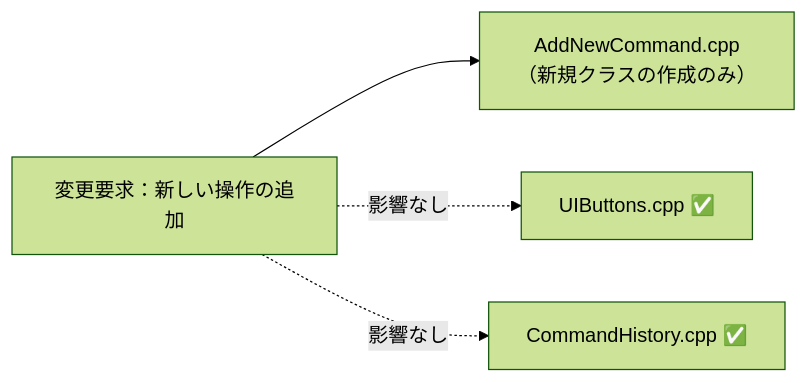
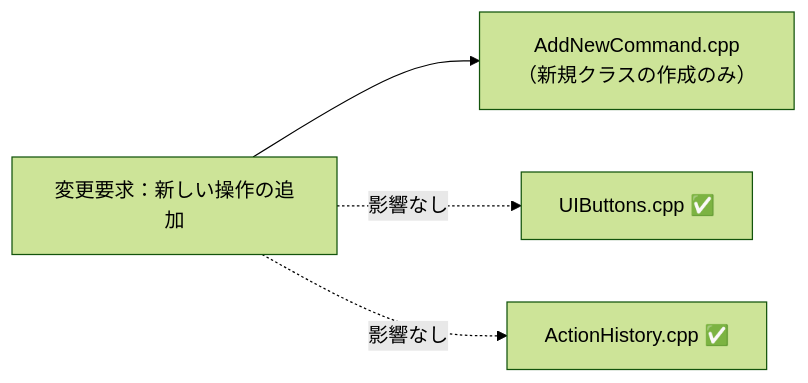
Before and after one commit to kumachan1101-pixel/DesignPattern: the ninth of 10 diagrams in kindle/design-patterns/output/chapter05.md, drawn with Mermaid (forest theme). The commit also changed other lines of this file and 1 other file, not shown here.

````diff
--- a/kindle/design-patterns/output/chapter05.md
+++ b/kindle/design-patterns/output/chapter05.md
@@ -1311,7 +1304,7 @@
 ```mermaid
 graph LR
     T1["変更要求：新しい操作の追加"] --> F1["AddNewCommand.cpp<br>（新規クラスの作成のみ）"]
     T1 -. "影響なし" .-> A["UIButtons.cpp ✅"]
-    T1 -. "影響なし" .-> B["CommandHistory.cpp ✅"]
+    T1 -. "影響なし" .-> B["ActionHistory.cpp ✅"]
 
 ```
````
